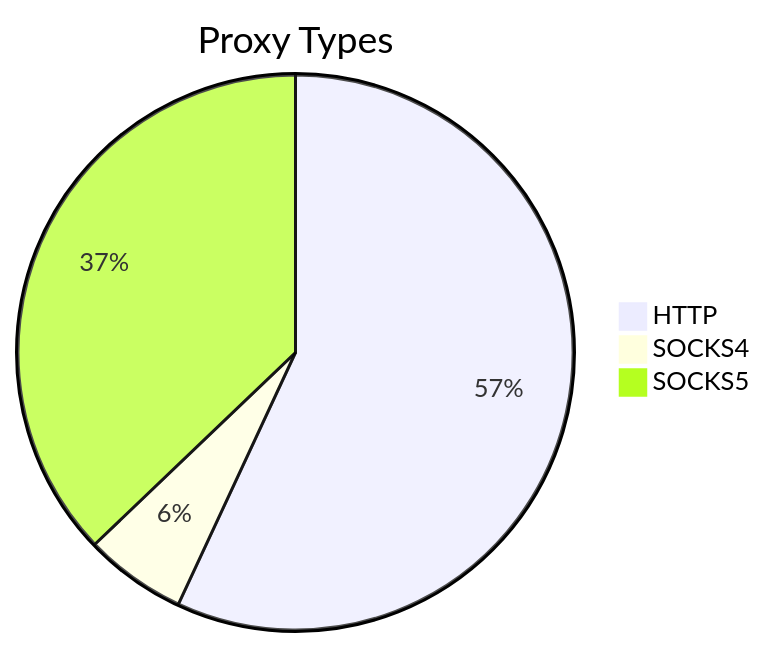
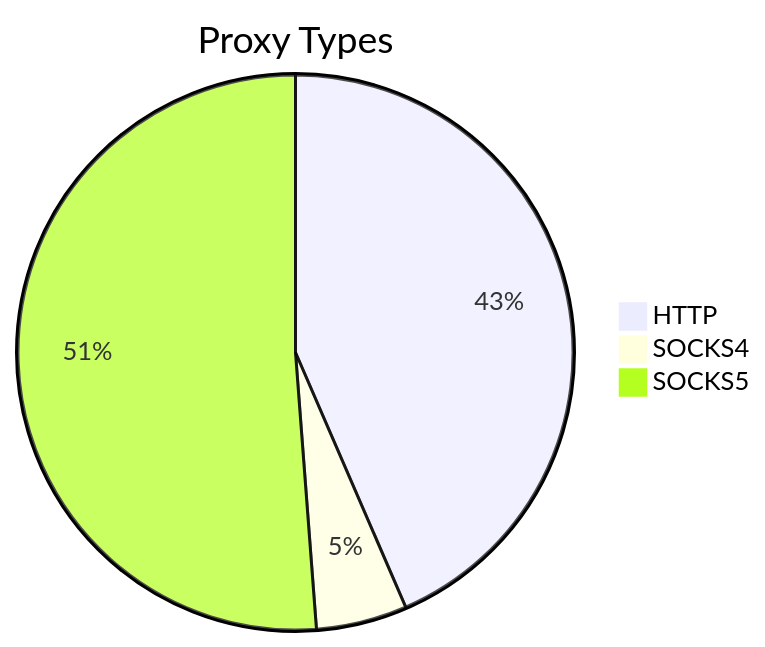
The first of 2 diagrams in README.md (stormsia/proxy-list), drawn with Mermaid before and after one commit. The commit also changed other lines of this file, not shown here.

````diff
--- a/README.md
+++ b/README.md
@@ -21,6 +21,6 @@
 ```mermaid
 pie title Proxy Types
-    "HTTP" : 653
-    "SOCKS4" : 68
-    "SOCKS5" : 426
+    "HTTP" : 542
+    "SOCKS4" : 66
+    "SOCKS5" : 638
 ```
````
